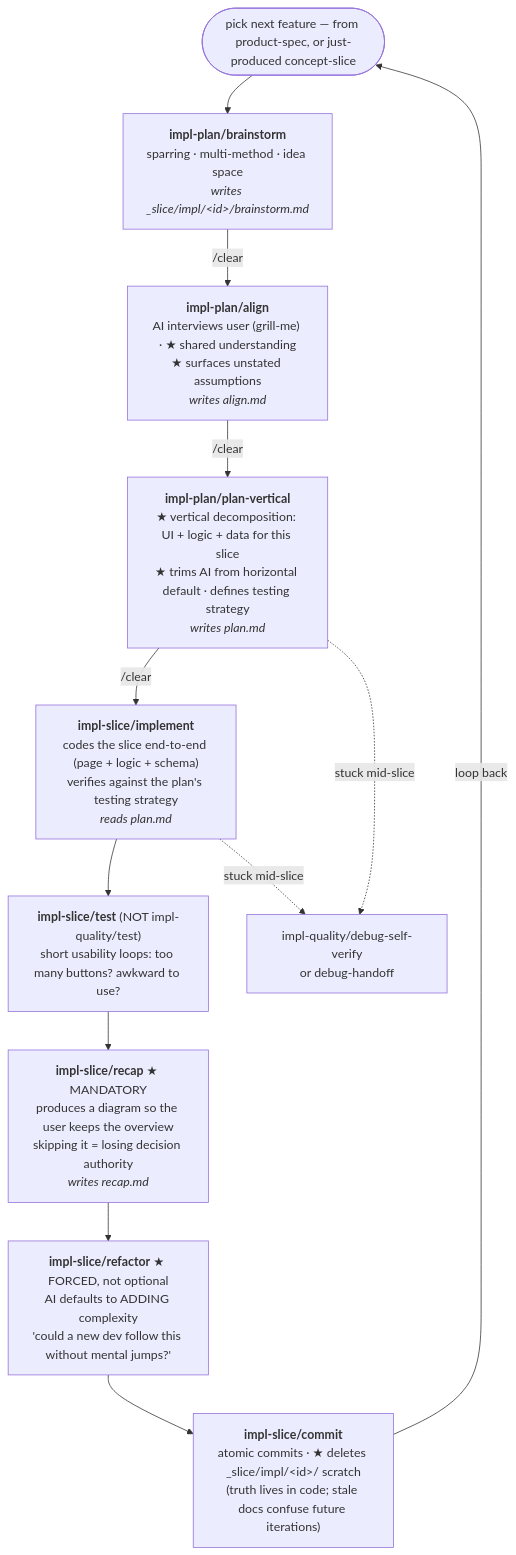
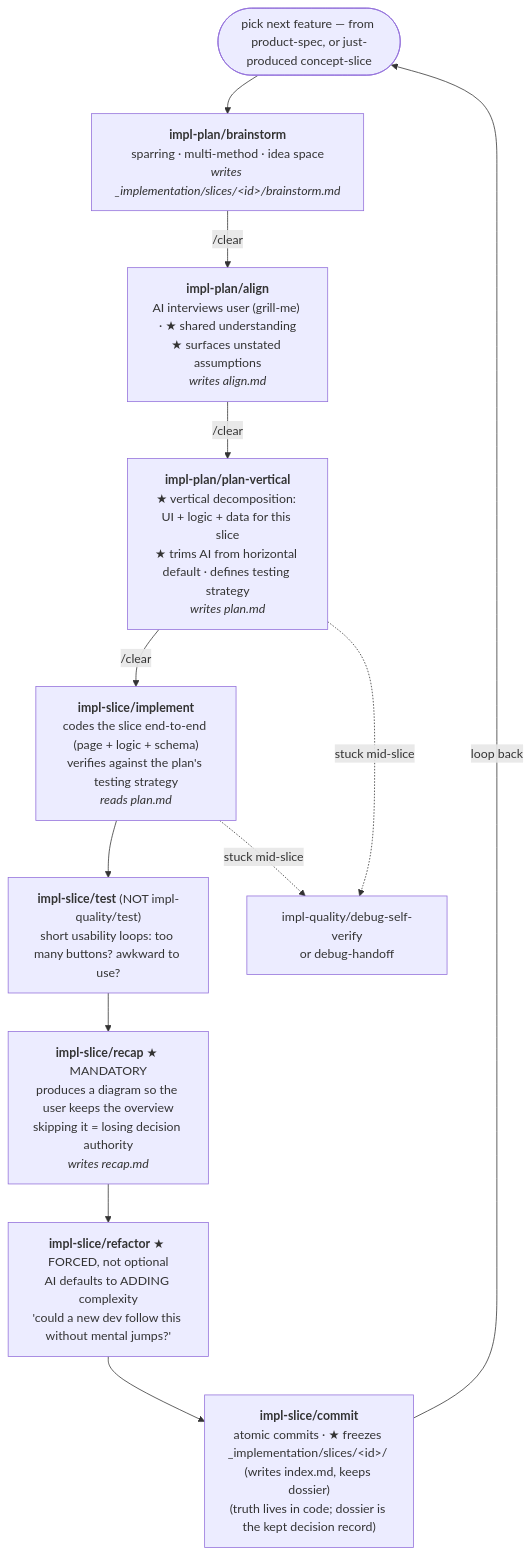
One commit to skaile-ai/ai-assets-skaileup changed the second of 2 diagrams in docs/src/content/docs/intro/slice-loops.mdx. Above: the diagram before and after it, drawn with Mermaid. The commit also changed other lines of this file and 47 other files, not shown here.

````diff
--- a/docs/src/content/docs/intro/slice-loops.mdx
+++ b/docs/src/content/docs/intro/slice-loops.mdx
@@ -40,33 +40,33 @@
 ```mermaid
 flowchart TD
   pick([pick next feature — from product-spec, or just-produced concept-slice])
   pick --> brainstorm
 
-  brainstorm["<b>impl-plan/brainstorm</b><br/>sparring · multi-method · idea space<br/><i>writes _slice/impl/&lt;id&gt;/brainstorm.md</i>"]
+  brainstorm["<b>impl-plan/brainstorm</b><br/>sparring · multi-method · idea space<br/><i>writes _implementation/slices/&lt;id&gt;/brainstorm.md</i>"]
   brainstorm -->|/clear| align
 
   align["<b>impl-plan/align</b><br/>AI interviews user (grill-me) · ★ shared understanding<br/>★ surfaces unstated assumptions<br/><i>writes align.md</i>"]
   align -->|/clear| plan
 
   plan["<b>impl-plan/plan-vertical</b><br/>★ vertical decomposition: UI + logic + data for this slice<br/>★ trims AI from horizontal default · defines testing strategy<br/><i>writes plan.md</i>"]
   plan -->|/clear| implement
 
   implement["<b>impl-slice/implement</b><br/>codes the slice end-to-end (page + logic + schema)<br/>verifies against the plan's testing strategy<br/><i>reads plan.md</i>"]
   implement --> test
 
   test["<b>impl-slice/test</b> (NOT impl-quality/test)<br/>short usability loops: too many buttons? awkward to use?"]
   test --> recap
 
   recap["<b>impl-slice/recap</b> ★ MANDATORY<br/>produces a diagram so the user keeps the overview<br/>skipping it = losing decision authority<br/><i>writes recap.md</i>"]
   recap --> refactor
 
   refactor["<b>impl-slice/refactor</b> ★ FORCED, not optional<br/>AI defaults to ADDING complexity<br/>'could a new dev follow this without mental jumps?'"]
   refactor --> commit
 
-  commit["<b>impl-slice/commit</b><br/>atomic commits · ★ deletes _slice/impl/&lt;id&gt;/ scratch<br/>(truth lives in code; stale docs confuse future iterations)"]
+  commit["<b>impl-slice/commit</b><br/>atomic commits · ★ freezes _implementation/slices/&lt;id&gt;/ (writes index.md, keeps dossier)<br/>(truth lives in code; dossier is the kept decision record)"]
   commit -->|loop back| pick
 
   implement -.->|stuck mid-slice| debug
   plan -.->|stuck mid-slice| debug
   debug["impl-quality/debug-self-verify<br/>or debug-handoff"]
 ```
````
